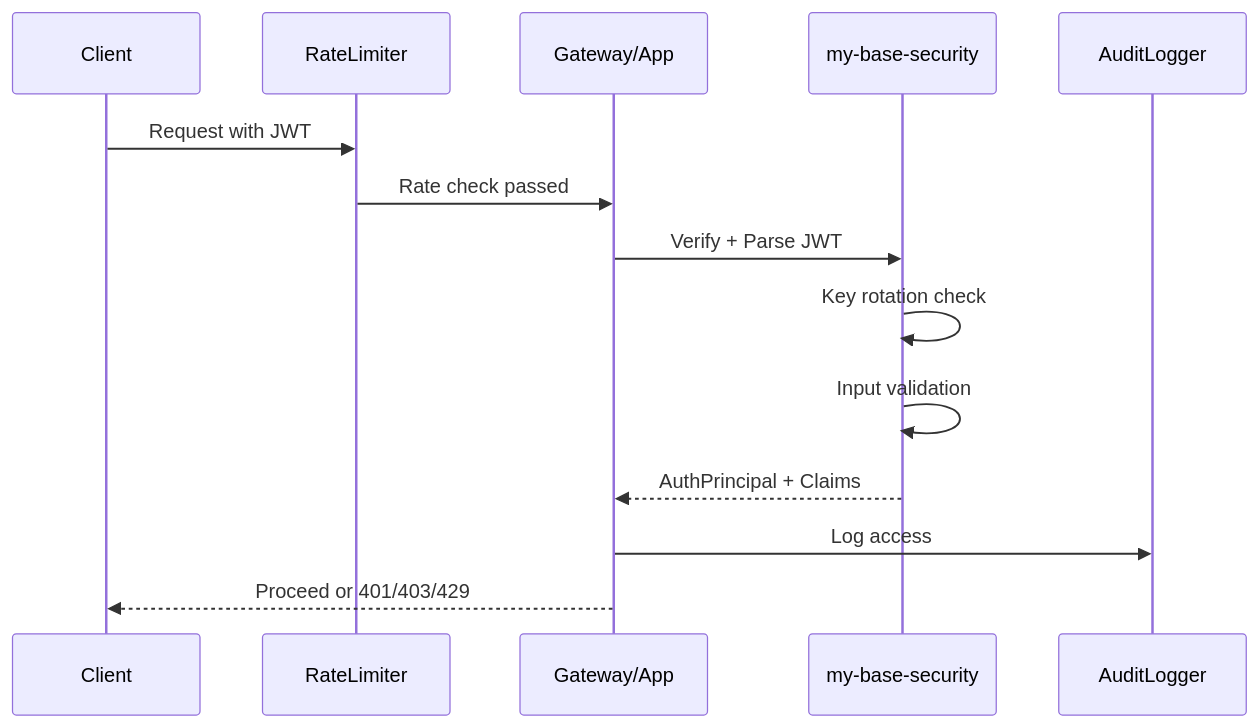
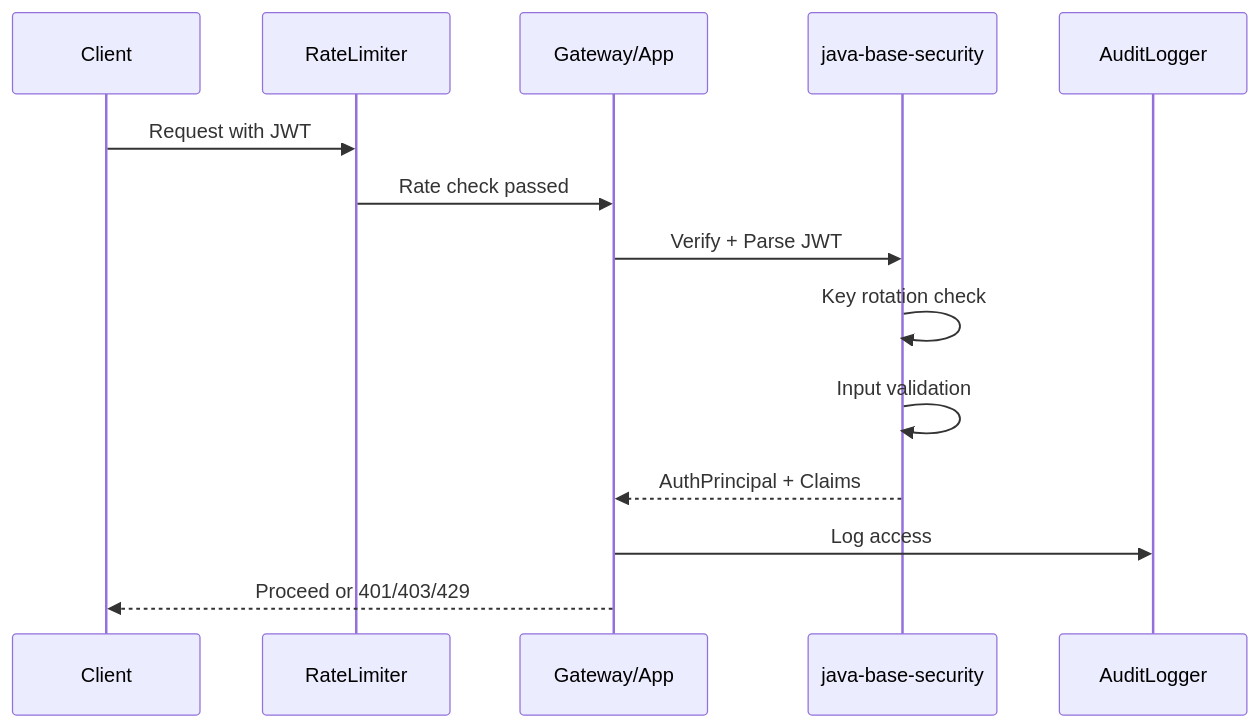
One commit to tmshoangnam/code-base-java changed the diagram in plan/plan-my-base-security.md. Above: the diagram before and after it, drawn with Mermaid. The commit also changed other lines of this file and 114 other files, not shown here.

````diff
--- a/plan/plan-my-base-security.md
+++ b/plan/plan-my-base-security.md
@@ -24,17 +24,17 @@
 ```mermaid
 sequenceDiagram
   participant Client
   participant RateLimiter
   participant Gateway/App
-  participant SecurityLib as my-base-security
+  participant SecurityLib as java-base-security
   participant AuditLogger
   
   Client->>RateLimiter: Request with JWT
   RateLimiter->>Gateway/App: Rate check passed
   Gateway/App->>SecurityLib: Verify + Parse JWT
   SecurityLib->>SecurityLib: Key rotation check
   SecurityLib->>SecurityLib: Input validation
   SecurityLib-->>Gateway/App: AuthPrincipal + Claims
   Gateway/App->>AuditLogger: Log access
   Gateway/App-->>Client: Proceed or 401/403/429
 ```
````
